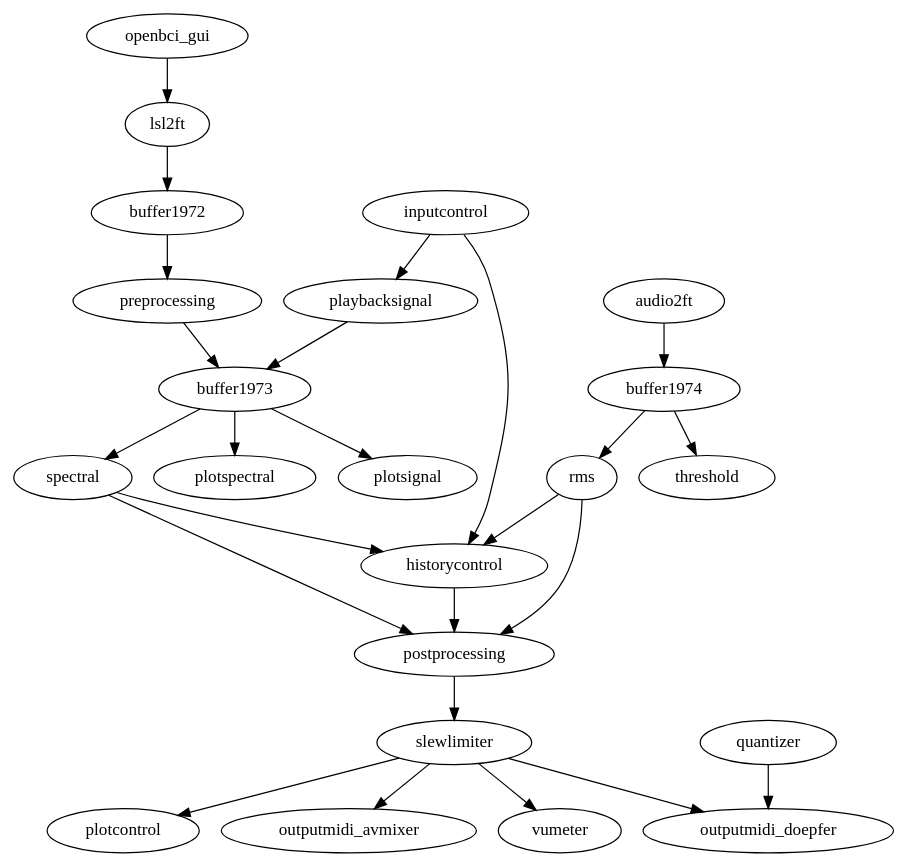
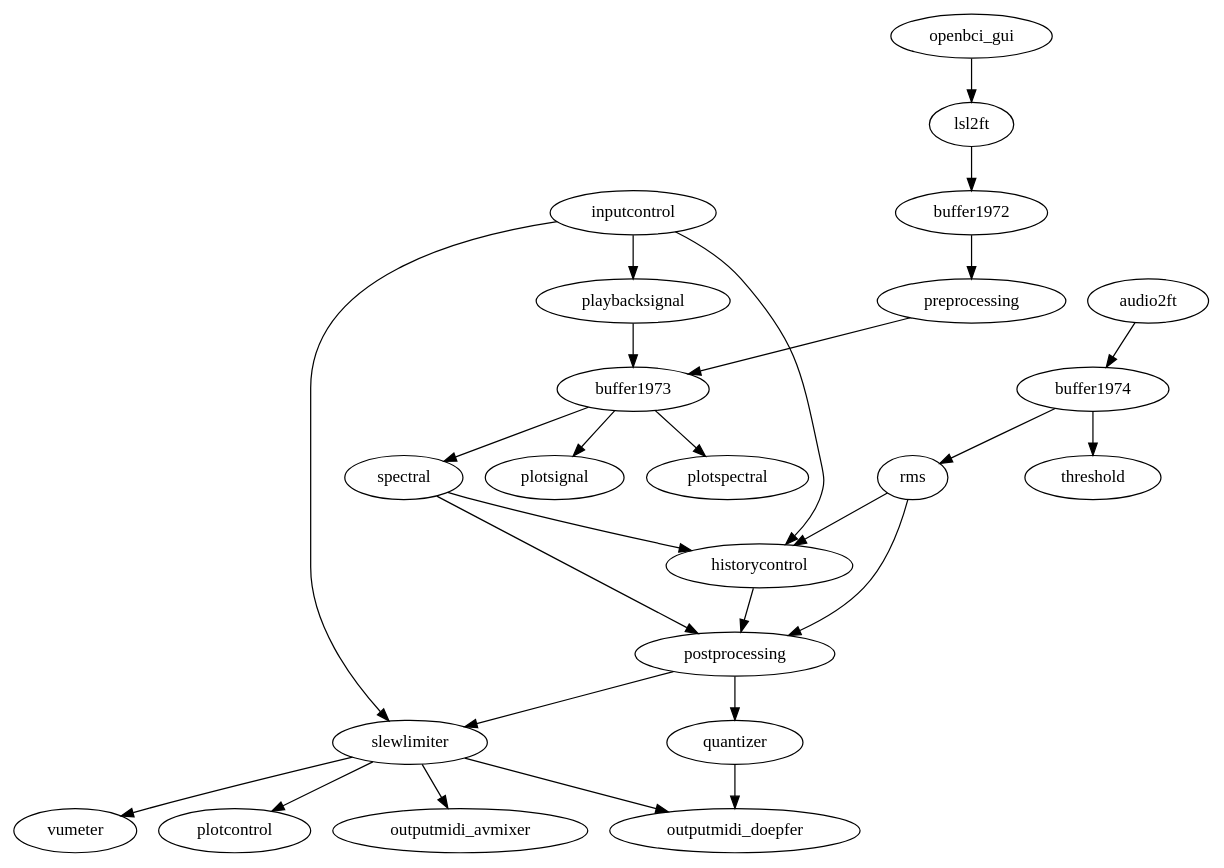
One commit to eegsynth/eegsynth changed the diagram in patches/andouillette/patch.dot. Above: the diagram before and after it, drawn with Graphviz. The commit also changed 2 other files, not shown here.

Commit message:
updated flowchart

```diff
--- a/patches/andouillette/patch.dot
+++ b/patches/andouillette/patch.dot
@@ -1,33 +1,32 @@
 # To convert this into a bitmap representation, do this
 #   dot -Tpng -o patch.png patch.dot
 #
 digraph {
   openbci_gui -> lsl2ft -> buffer1972 -> preprocessing -> buffer1973;
   playbacksignal -> buffer1973;
 
   inputcontrol -> historycontrol;
   inputcontrol -> playbacksignal;
-#  inputcontrol -> slewlimiter;
+  inputcontrol -> slewlimiter;
 
   buffer1973 -> plotsignal;
   buffer1973 -> plotspectral;
   buffer1973 -> spectral;
+  buffer1974 -> threshold;
 
-  audio2ft -> buffer1974;
-  buffer1974 -> threshold;
-  buffer1974 -> rms;
+  audio2ft -> buffer1974 -> rms;
 
   spectral -> postprocessing;
   spectral -> historycontrol;
 
   rms -> postprocessing;
   rms -> historycontrol;
 
   historycontrol -> postprocessing -> slewlimiter;
 
   slewlimiter -> vumeter;
   slewlimiter -> plotcontrol;
   slewlimiter -> outputmidi_avmixer;
   slewlimiter -> outputmidi_doepfer;
-  quantizer -> outputmidi_doepfer;
+  postprocessing -> quantizer -> outputmidi_doepfer;
 }
```
